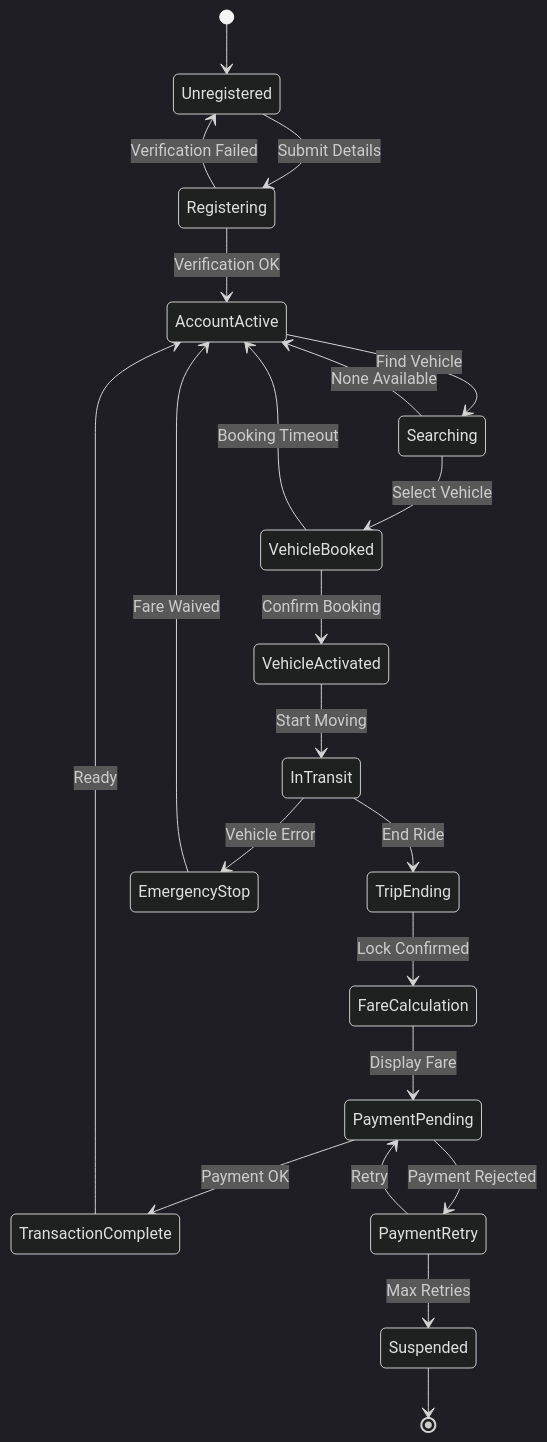
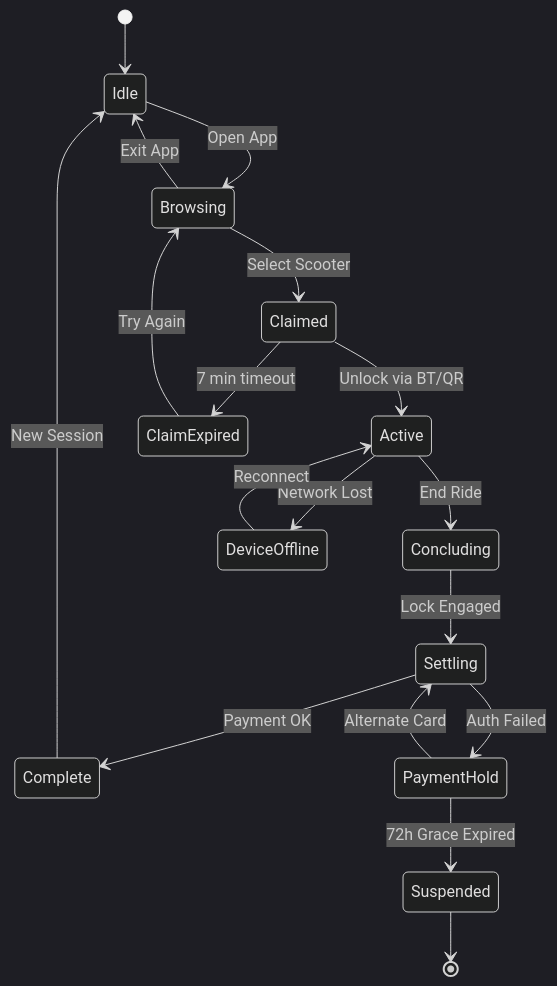
The diagram in Nikunj_exercise-04/bim_diagram.mmd (Siddharthpatni/Requirment_Asssignment), drawn with Mermaid (dark theme) before and after one commit. The commit also changed 9 other files, not shown here.

```diff
--- a/Nikunj_exercise-04/bim_diagram.mmd
+++ b/Nikunj_exercise-04/bim_diagram.mmd
@@ -1,30 +1,24 @@
 stateDiagram-v2
-    [*] --> Unregistered
+    [*] --> Idle
     
-    Unregistered --> Registering: Submit Details
-    Registering --> AccountActive: Verification OK
-    Registering --> Unregistered: Verification Failed
+    Idle --> Browsing: Open App
+    Browsing --> Claimed: Select Scooter
+    Browsing --> Idle: Exit App
     
-    AccountActive --> Searching: Find Vehicle
-    Searching --> VehicleBooked: Select Vehicle
-    Searching --> AccountActive: None Available
+    Claimed --> Active: Unlock via BT/QR
+    Claimed --> ClaimExpired: 7 min timeout
+    ClaimExpired --> Browsing: Try Again
     
-    VehicleBooked --> VehicleActivated: Confirm Booking
-    VehicleBooked --> AccountActive: Booking Timeout
+    Active --> Concluding: End Ride
+    Active --> DeviceOffline: Network Lost
+    DeviceOffline --> Active: Reconnect
     
-    VehicleActivated --> InTransit: Start Moving
-    InTransit --> TripEnding: End Ride
-    InTransit --> EmergencyStop: Vehicle Error
+    Concluding --> Settling: Lock Engaged
+    Settling --> Complete: Payment OK
+    Settling --> PaymentHold: Auth Failed
     
-    EmergencyStop --> AccountActive: Fare Waived
+    PaymentHold --> Settling: Alternate Card
+    PaymentHold --> Suspended: 72h Grace Expired
     
-    TripEnding --> FareCalculation: Lock Confirmed
-    FareCalculation --> PaymentPending: Display Fare
-    PaymentPending --> TransactionComplete: Payment OK
-    PaymentPending --> PaymentRetry: Payment Rejected
-    
-    PaymentRetry --> PaymentPending: Retry
-    PaymentRetry --> Suspended: Max Retries
-    
-    TransactionComplete --> AccountActive: Ready
+    Complete --> Idle: New Session
     Suspended --> [*]
```
